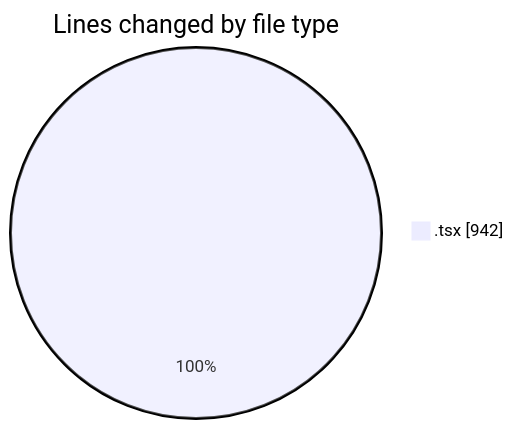
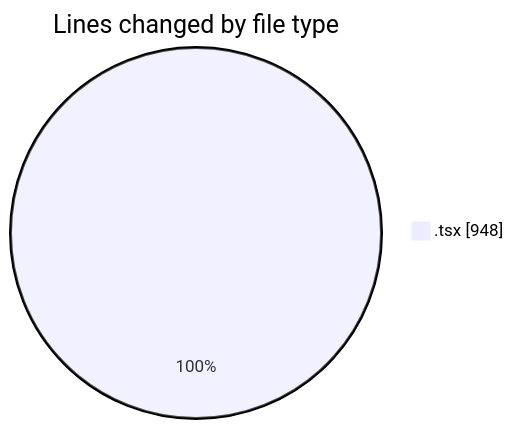
One commit to nxtqubesakshisongat/code-tracking changed the first of 2 diagrams in 2026-06-19/nxtqube_webapp/README.md. Above: the diagram before and after it, drawn with Mermaid. The commit also changed other lines of this file and 1 other file, not shown here.

````diff
--- a/2026-06-19/nxtqube_webapp/README.md
+++ b/2026-06-19/nxtqube_webapp/README.md
@@ -20,5 +20,5 @@
 ```mermaid
 pie showData
 title Lines changed by file type
-".tsx" : 942
+".tsx" : 948
 ```
````
